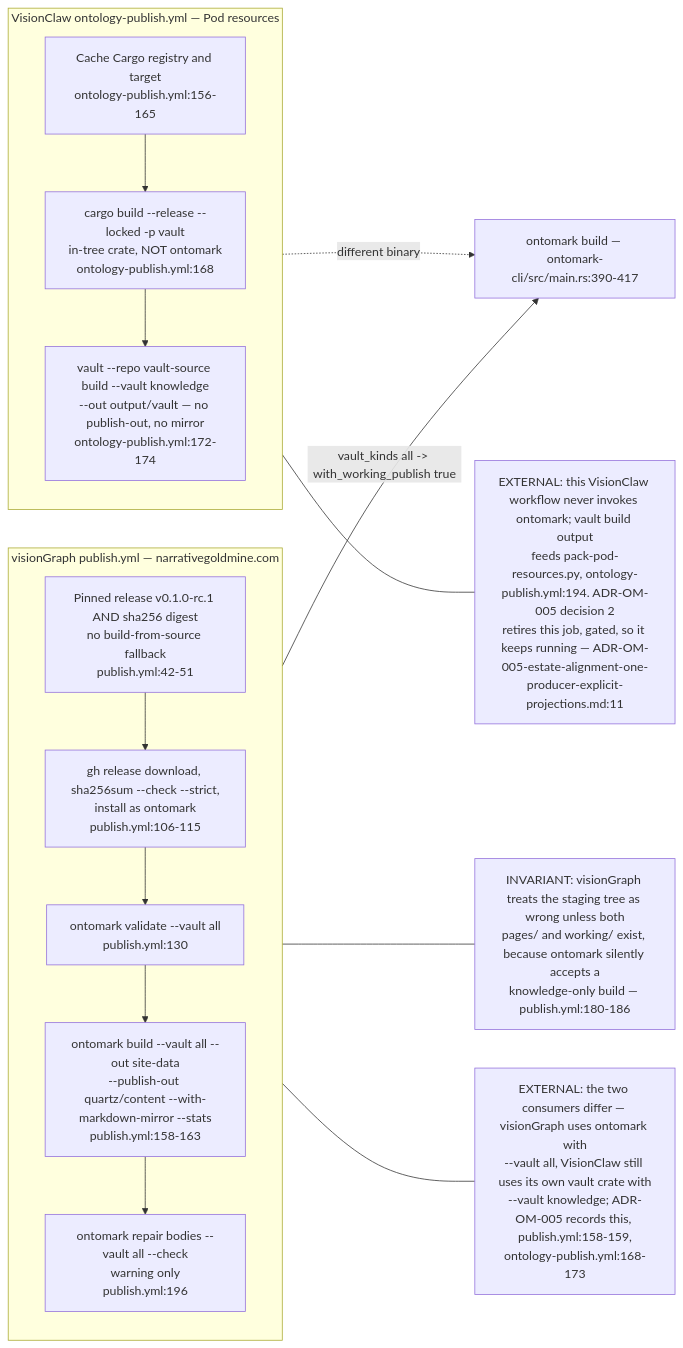
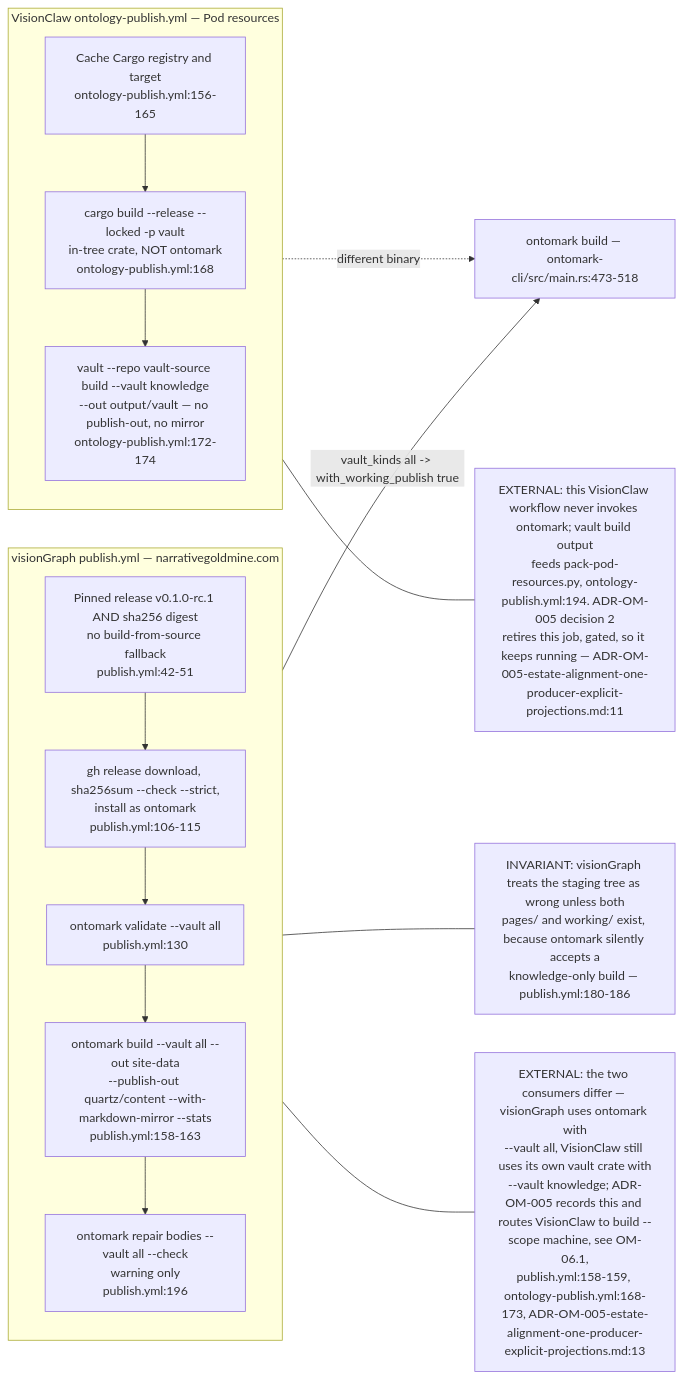
One commit to DreamLab-AI/VisionFlow changed the fifth of 6 diagrams in docs/diagrams/ontomark/05-cli-commands-vault-selector-and-exit-codes.md. Above: the diagram before and after it, drawn with Mermaid. The commit also changed other lines of this file and 10 other files, not shown here.

First line of the commit message:
docs(diagrams): re-stamp the ontomark corpus at ee9e04a; OM-06 machine scope and ingest contract

````diff
--- a/docs/diagrams/ontomark/05-cli-commands-vault-selector-and-exit-codes.md
+++ b/docs/diagrams/ontomark/05-cli-commands-vault-selector-and-exit-codes.md
@@ -172,28 +177,28 @@
 ```mermaid
 flowchart LR
     subgraph VG["visionGraph publish.yml — narrativegoldmine.com"]
         direction TB
         VGPIN["Pinned release v0.1.0-rc.1 AND sha256 digest<br/>no build-from-source fallback<br/>publish.yml:42-51"]
         VGFETCH["gh release download, sha256sum --check --strict,<br/>install as ontomark<br/>publish.yml:106-115"]
         VGVAL["ontomark validate --vault all<br/>publish.yml:130"]
         VGBUILD["ontomark build --vault all --out site-data<br/>--publish-out quartz/content --with-markdown-mirror --stats<br/>publish.yml:158-163"]
         VGREP["ontomark repair bodies --vault all --check<br/>warning only<br/>publish.yml:196"]
         VGPIN --> VGFETCH --> VGVAL --> VGBUILD --> VGREP
     end
     subgraph VC["VisionClaw ontology-publish.yml — Pod resources"]
         direction TB
         VCCACHE["Cache Cargo registry and target<br/>ontology-publish.yml:156-165"]
         VCBUILD["cargo build --release --locked -p vault<br/>in-tree crate, NOT ontomark<br/>ontology-publish.yml:168"]
         VCRUN["vault --repo vault-source build --vault knowledge<br/>--out output/vault — no publish-out, no mirror<br/>ontology-publish.yml:172-174"]
         VCCACHE --> VCBUILD --> VCRUN
     end
-    BIN["ontomark build — ontomark-cli/src/main.rs:390-417"]
+    BIN["ontomark build — ontomark-cli/src/main.rs:473-518"]
     VGBUILD -->|"vault_kinds all -> with_working_publish true"| BIN
     VCRUN -.->|"different binary"| BIN
-    n1["EXTERNAL: the two consumers differ — visionGraph uses ontomark with<br/>--vault all, VisionClaw still uses its own vault crate with<br/>--vault knowledge; ADR-OM-005 records this, publish.yml:158-159,<br/>ontology-publish.yml:168-173"]
+    n1["EXTERNAL: the two consumers differ — visionGraph uses ontomark with<br/>--vault all, VisionClaw still uses its own vault crate with<br/>--vault knowledge; ADR-OM-005 records this and routes VisionClaw to build --scope machine, see OM-06.1,<br/>publish.yml:158-159, ontology-publish.yml:168-173, ADR-OM-005-estate-alignment-one-producer-explicit-projections.md:13"]
     n2["EXTERNAL: this VisionClaw workflow never invokes ontomark; vault build output<br/>feeds pack-pod-resources.py, ontology-publish.yml:194. ADR-OM-005 decision 2<br/>retires this job, gated, so it keeps running — ADR-OM-005-estate-alignment-one-producer-explicit-projections.md:11"]
     n3["INVARIANT: visionGraph treats the staging tree as wrong unless both<br/>pages/ and working/ exist, because ontomark silently accepts a<br/>knowledge-only build — publish.yml:180-186"]
     VG --- n1
     VC --- n2
     VGBUILD --- n3
 ```
````
